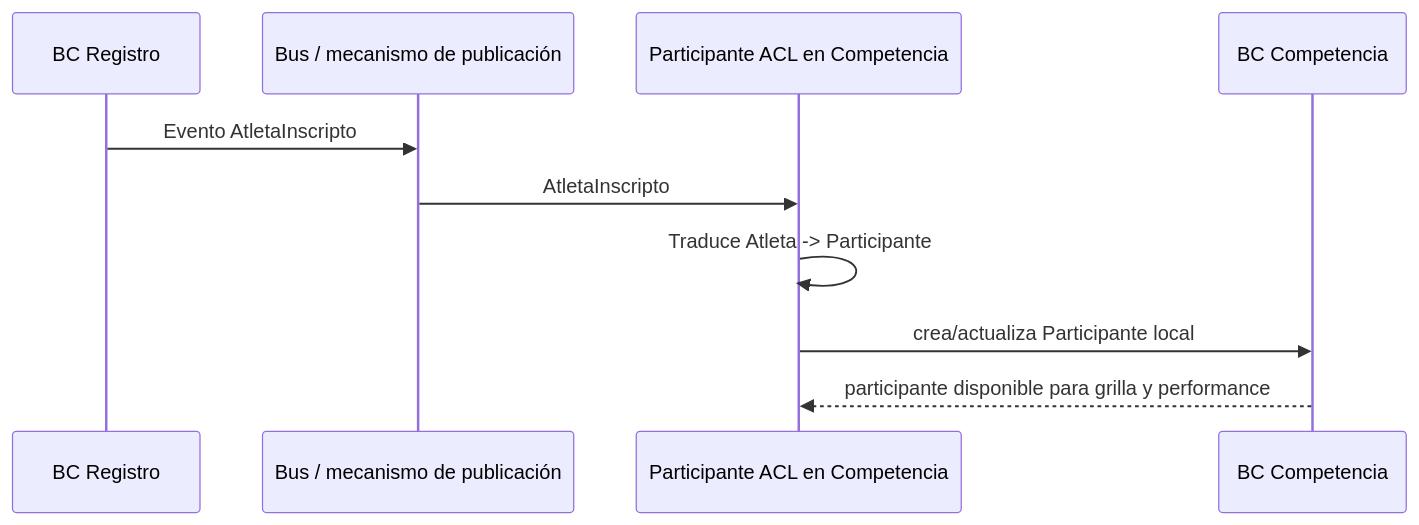
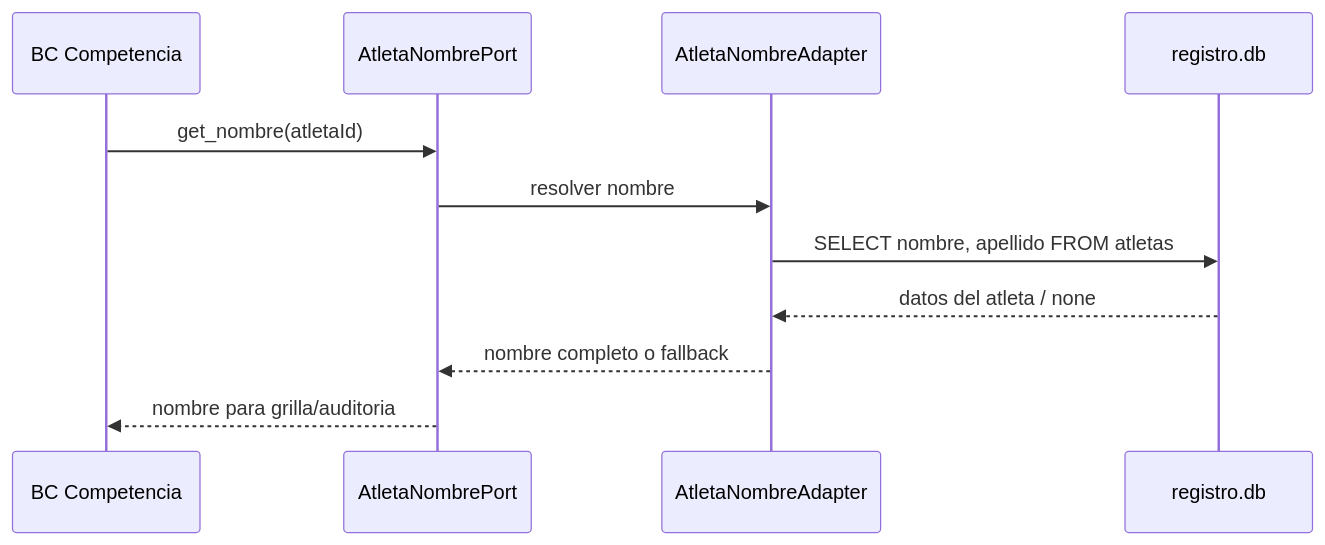
The third of 5 diagrams in docs/architecture/30-runtime-interactions.md (vvalotto/ataraxiadive), drawn with Mermaid before and after one commit. The commit also changed other lines of this file and 16 other files, not shown here.

````diff
--- a/docs/architecture/30-runtime-interactions.md
+++ b/docs/architecture/30-runtime-interactions.md
@@ -139,13 +142,14 @@
 ```mermaid
 sequenceDiagram
-    participant REG as BC Registro
-    participant BUS as Bus / mecanismo de publicación
-    participant ACL as Participante ACL en Competencia
     participant COMP as BC Competencia
+    participant PORT as AtletaNombrePort
+    participant ADAPTER as AtletaNombreAdapter
+    participant REG_DB as registro.db
 
-    REG->>BUS: Evento AtletaInscripto
-    BUS->>ACL: AtletaInscripto
-    ACL->>ACL: Traduce Atleta -> Participante
-    ACL->>COMP: crea/actualiza Participante local
-    COMP-->>ACL: participante disponible para grilla y performance
+    COMP->>PORT: get_nombre(atletaId)
+    PORT->>ADAPTER: resolver nombre
+    ADAPTER->>REG_DB: SELECT nombre, apellido FROM atletas
+    REG_DB-->>ADAPTER: datos del atleta / none
+    ADAPTER-->>PORT: nombre completo o fallback
+    PORT-->>COMP: nombre para grilla/auditoria
 ```
````
